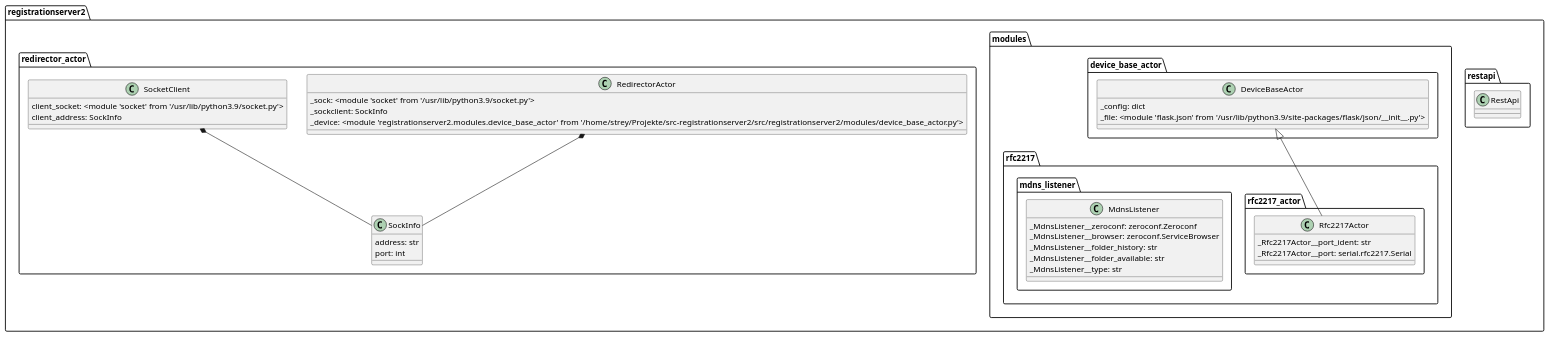
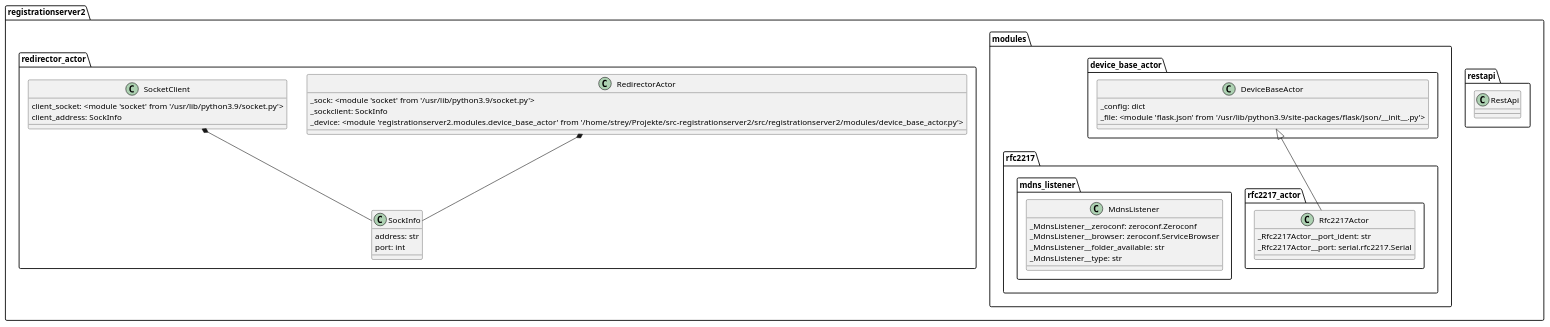
One commit to SARAD-GmbH/RegServer changed the diagram in doc/source/uml-rs2_classes.puml. Above: the diagram before and after it, drawn with PlantUML. The commit also changed 10 other files, not shown here.

Commit message:
~: remove history folder to simplify the code

```diff
--- a/doc/source/uml-rs2_classes.puml
+++ b/doc/source/uml-rs2_classes.puml
@@ -1,35 +1,34 @@
 @startuml
 class registrationserver2.restapi.RestApi {
 }
 class registrationserver2.modules.device_base_actor.DeviceBaseActor {
   _config: dict
   _file: <module 'flask.json' from '/usr/lib/python3.9/site-packages/flask/json/__init__.py'>
 }
 class registrationserver2.modules.rfc2217.rfc2217_actor.Rfc2217Actor {
   _Rfc2217Actor__port_ident: str
   _Rfc2217Actor__port: serial.rfc2217.Serial
 }
 class registrationserver2.modules.rfc2217.mdns_listener.MdnsListener {
   _MdnsListener__zeroconf: zeroconf.Zeroconf
   _MdnsListener__browser: zeroconf.ServiceBrowser
-  _MdnsListener__folder_history: str
   _MdnsListener__folder_available: str
   _MdnsListener__type: str
 }
 class registrationserver2.redirector_actor.RedirectorActor {
   _sock: <module 'socket' from '/usr/lib/python3.9/socket.py'>
   _sockclient: SockInfo
   _device: <module 'registrationserver2.modules.device_base_actor' from '/home/strey/Projekte/src-registrationserver2/src/registrationserver2/modules/device_base_actor.py'>
 }
 class registrationserver2.redirector_actor.SockInfo {
   address: str
   port: int
 }
 class registrationserver2.redirector_actor.SocketClient {
   client_socket: <module 'socket' from '/usr/lib/python3.9/socket.py'>
   client_address: SockInfo
 }
 registrationserver2.modules.device_base_actor.DeviceBaseActor <|-- registrationserver2.modules.rfc2217.rfc2217_actor.Rfc2217Actor
 registrationserver2.redirector_actor.RedirectorActor *-- registrationserver2.redirector_actor.SockInfo
 registrationserver2.redirector_actor.SocketClient *-- registrationserver2.redirector_actor.SockInfo
 @enduml
```
